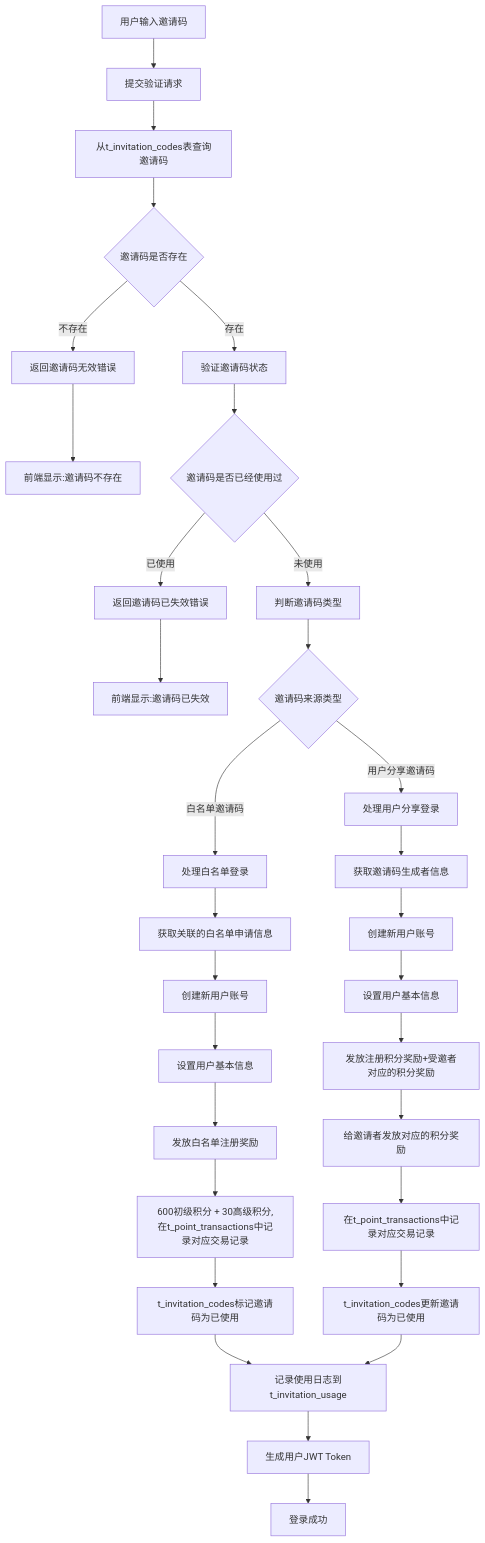
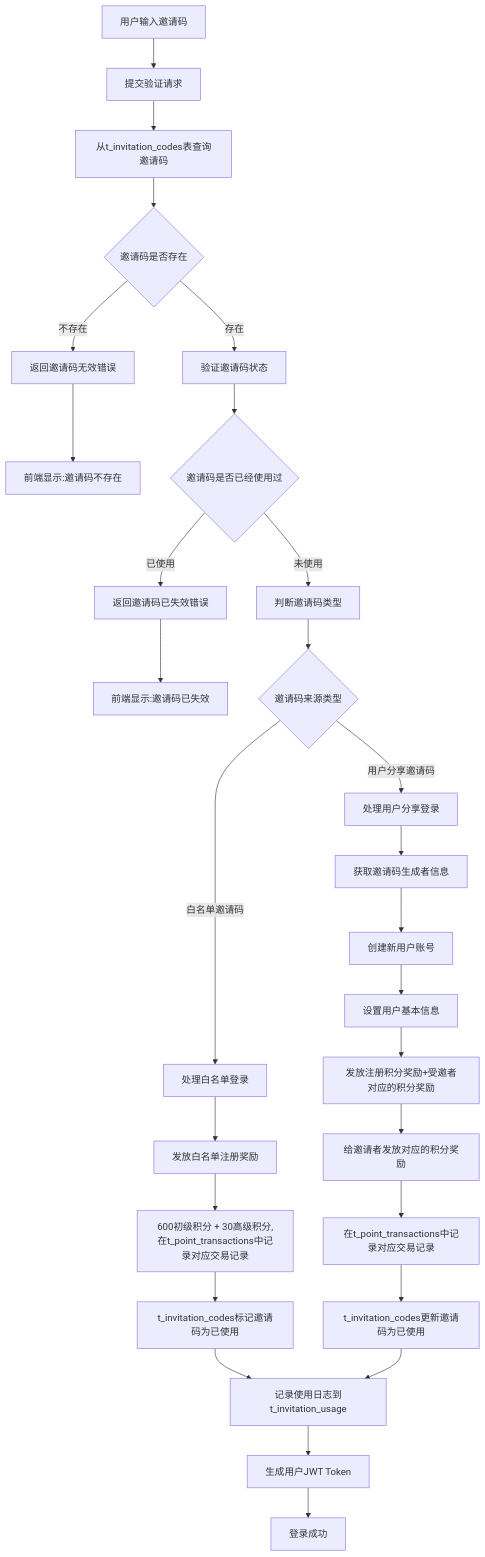
Before and after one commit to yingjianzh/iodraw-files: the diagram in all/未命名-76.md, drawn with Mermaid.

Commit message:
2025-07-08 10:50:05 update

````diff
--- a/all/未命名-76.md
+++ b/all/未命名-76.md
@@ -1,41 +1,38 @@
 ```mermaid
 
 flowchart TD
     B[用户输入邀请码]
     B --> E[提交验证请求]
     E --> H[从t_invitation_codes表查询邀请码]
     H --> I{邀请码是否存在}
     I -->|不存在| J[返回邀请码无效错误]
     J --> K[前端显示:邀请码不存在]
     
     I -->|存在| L[验证邀请码状态]
     L --> M{邀请码是否已经使用过}
     M -->|已使用| N[返回邀请码已失效错误]
     N --> O[前端显示:邀请码已失效]
     
     M -->|未使用| X[判断邀请码类型]
     X --> Y{邀请码来源类型}
     
     Y -->|白名单邀请码| Z[处理白名单登录]
-    Z --> Z1[获取关联的白名单申请信息]
-    Z1 --> Z2[创建新用户账号]
-    Z2 --> Z3[设置用户基本信息]
-    Z3 --> Z4[发放白名单注册奖励]
+    Z --> Z4[发放白名单注册奖励]
     Z4 --> Z5[600初级积分 + 30高级积分,在t_point_transactions中记录对应交易记录]
     Z5 --> Z6[t_invitation_codes标记邀请码为已使用]
     Z6 --> AA[记录使用日志到t_invitation_usage]
     
     Y -->|用户分享邀请码| BB[处理用户分享登录]
     BB --> BB1[获取邀请码生成者信息]
     BB1 --> BB2[创建新用户账号]
     BB2 --> BB3[设置用户基本信息]
     BB3 --> BB4[发放注册积分奖励+受邀者对应的积分奖励]
     BB4 --> BB5[给邀请者发放对应的积分奖励]
     BB5 --> BB6[在t_point_transactions中记录对应交易记录]
     BB6 --> BB7[t_invitation_codes更新邀请码为已使用]
     BB7 --> AA
     
     AA --> CC[生成用户JWT Token]
     CC --> DD[登录成功]  
 
 ```
````
